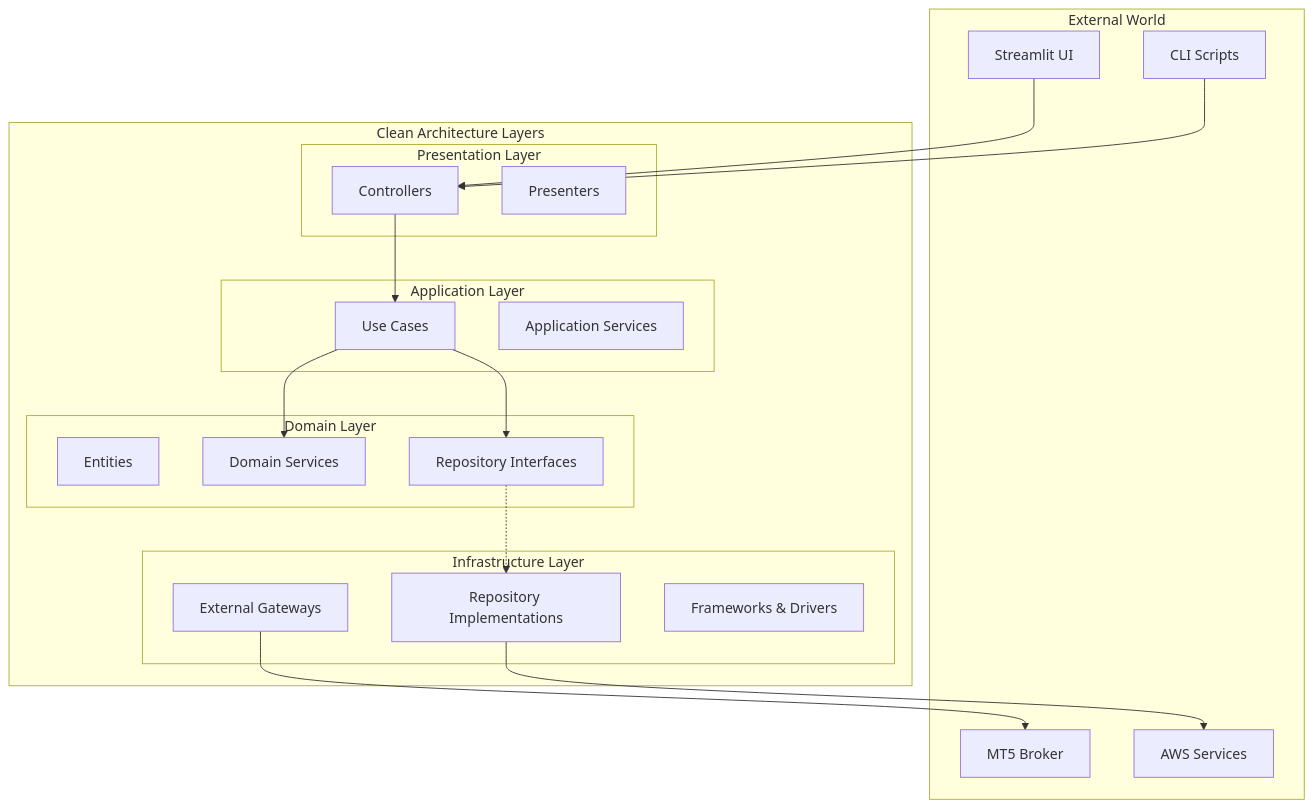
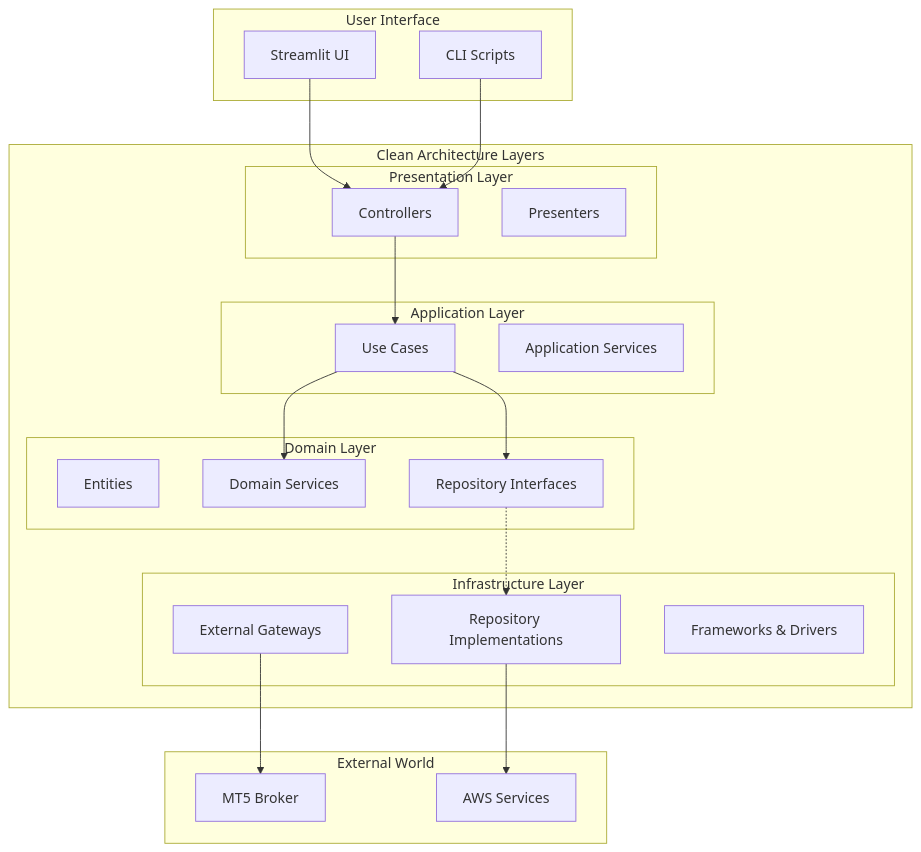
Before and after one commit to Riki-22/axia-tss: the first of 8 diagrams in docs/logical_design/architecture_patterns.md, drawn with Mermaid. The commit also changed 7 other files, not shown here.

````diff
--- a/docs/logical_design/architecture_patterns.md
+++ b/docs/logical_design/architecture_patterns.md
@@ -30,43 +30,48 @@
 ```mermaid
 graph TB
+    subgraph "User Interface"
+        UI[Streamlit UI]
+        CLI[CLI Scripts]
+    end
+
     subgraph "External World"
         UI[Streamlit UI]
         CLI[CLI Scripts]
         Broker[MT5 Broker]
         AWS[AWS Services]
     end
     
     subgraph "Clean Architecture Layers"
         subgraph "Presentation Layer"
             Controllers[Controllers]
             Presenters[Presenters]
         end
         
         subgraph "Application Layer"
             UseCases[Use Cases]
             AppServices[Application Services]
         end
         
         subgraph "Domain Layer"
             Entities[Entities]
             DomainServices[Domain Services]
             Repositories[Repository Interfaces]
         end
         
         subgraph "Infrastructure Layer"
             RepositoryImpl[Repository Implementations]
             Gateways[External Gateways]
             Frameworks[Frameworks & Drivers]
         end
     end
     
     UI --> Controllers
     CLI --> Controllers
     Controllers --> UseCases
     UseCases --> DomainServices
     UseCases --> Repositories
     Repositories -.-> RepositoryImpl
     RepositoryImpl --> AWS
     Gateways --> Broker
     
 ```
````
